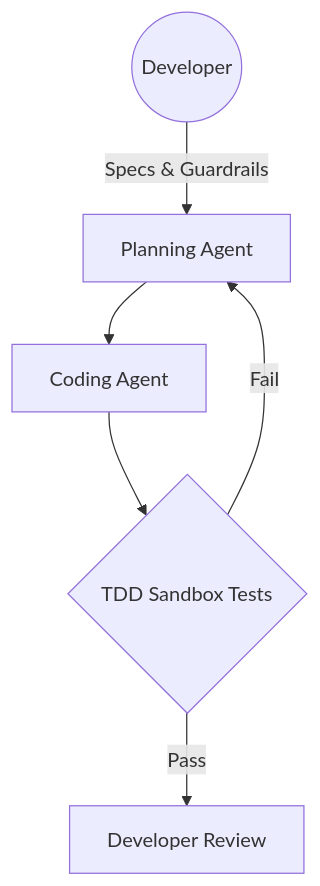
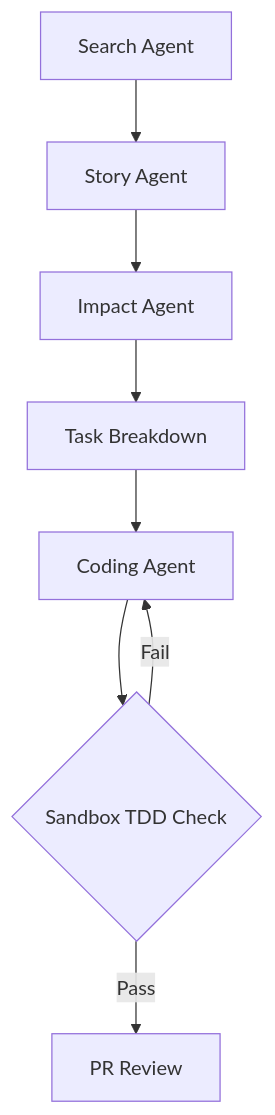
Before and after one commit to sougata143/VibeReview: the fourth of 4 diagrams in README.md, drawn with Mermaid. The commit also changed other lines of this file, not shown here.

Commit message:
docs: apply README enhancements for workflow diagram and A2UI details

````diff
--- a/README.md
+++ b/README.md
@@ -143,8 +143,10 @@
 ```mermaid
 graph TD
-    Dev((Developer)) -->|Specs & Guardrails| Plan[Planning Agent]
-    Plan --> Code[Coding Agent]
-    Code --> Test{TDD Sandbox Tests}
-    Test -->|Fail| Plan
-    Test -->|Pass| Review[Developer Review]
+    Search[Search Agent] --> Story[Story Agent]
+    Story --> Impact[Impact Agent]
+    Impact --> Tasks[Task Breakdown]
+    Tasks --> Code[Coding Agent]
+    Code --> Test{Sandbox TDD Check}
+    Test -->|Fail| Code
+    Test -->|Pass| Review[PR Review]
 ```
````
